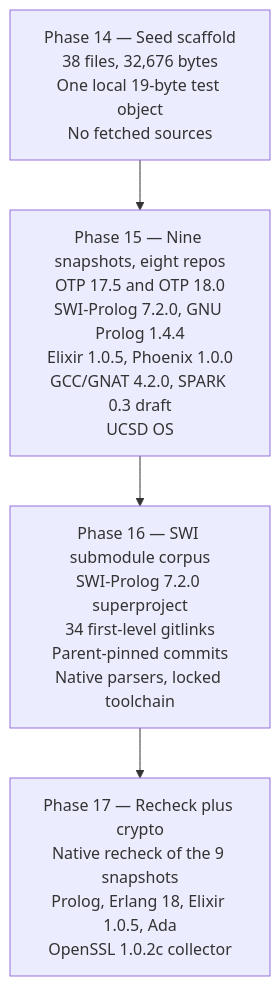
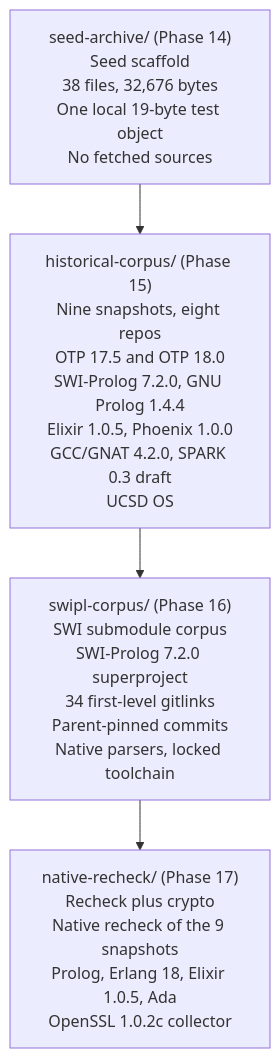
The first of 3 diagrams in README.md (AHMADALIPARR/legacy-logic-archive), drawn with Mermaid before and after one commit. The commit also changed other lines of this file and 204 other files, not shown here.

````diff
--- a/README.md
+++ b/README.md
@@ -41,8 +51,8 @@
 ```mermaid
 flowchart TD
-    P14["Phase 14 — Seed scaffold<br/>38 files, 32,676 bytes<br/>One local 19-byte test object<br/>No fetched sources"]
-    P15["Phase 15 — Nine snapshots, eight repos<br/>OTP 17.5 and OTP 18.0<br/>SWI-Prolog 7.2.0, GNU Prolog 1.4.4<br/>Elixir 1.0.5, Phoenix 1.0.0<br/>GCC/GNAT 4.2.0, SPARK 0.3 draft<br/>UCSD OS"]
-    P16["Phase 16 — SWI submodule corpus<br/>SWI-Prolog 7.2.0 superproject<br/>34 first-level gitlinks<br/>Parent-pinned commits<br/>Native parsers, locked toolchain"]
-    P17["Phase 17 — Recheck plus crypto<br/>Native recheck of the 9 snapshots<br/>Prolog, Erlang 18, Elixir 1.0.5, Ada<br/>OpenSSL 1.0.2c collector"]
+    P14["seed-archive/ (Phase 14)<br/>Seed scaffold<br/>38 files, 32,676 bytes<br/>One local 19-byte test object<br/>No fetched sources"]
+    P15["historical-corpus/ (Phase 15)<br/>Nine snapshots, eight repos<br/>OTP 17.5 and OTP 18.0<br/>SWI-Prolog 7.2.0, GNU Prolog 1.4.4<br/>Elixir 1.0.5, Phoenix 1.0.0<br/>GCC/GNAT 4.2.0, SPARK 0.3 draft<br/>UCSD OS"]
+    P16["swipl-corpus/ (Phase 16)<br/>SWI submodule corpus<br/>SWI-Prolog 7.2.0 superproject<br/>34 first-level gitlinks<br/>Parent-pinned commits<br/>Native parsers, locked toolchain"]
+    P17["native-recheck/ (Phase 17)<br/>Recheck plus crypto<br/>Native recheck of the 9 snapshots<br/>Prolog, Erlang 18, Elixir 1.0.5, Ada<br/>OpenSSL 1.0.2c collector"]
     P14 --> P15 --> P16 --> P17
 ```
````
